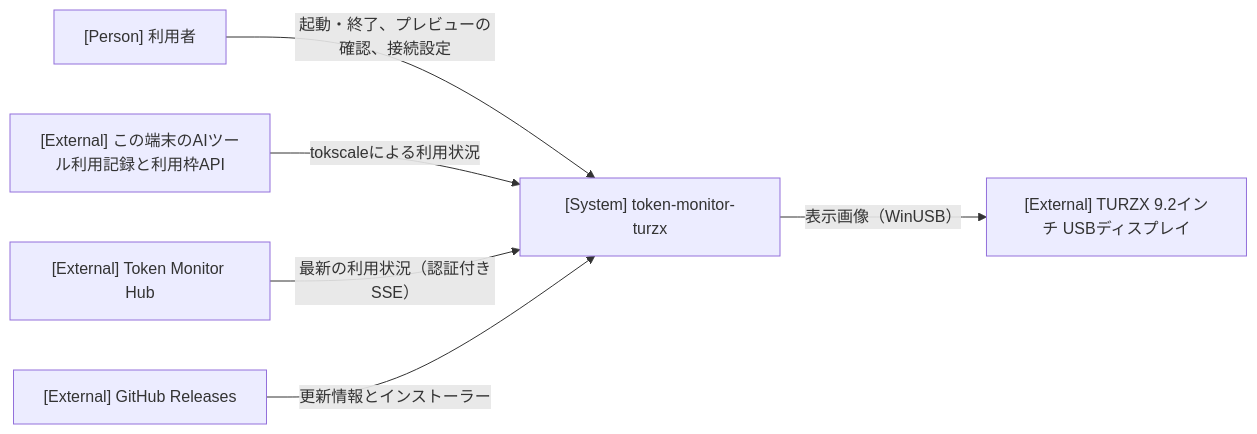
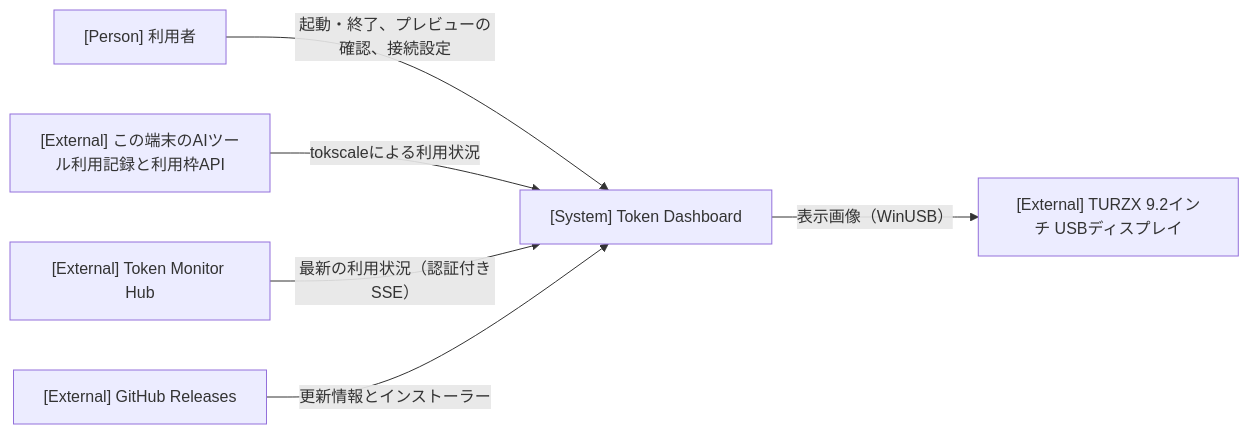
One commit to nuitsjp/token-dashboard changed the diagram in docs/architecture.md. Above: the diagram before and after it, drawn with Mermaid. The commit also changed 20 other files, not shown here.

First line of the commit message:
紫を #7466e0 に統一し、名称を Token Dashboard に変更して Display 画面の配置を調整する

````diff
--- a/docs/architecture.md
+++ b/docs/architecture.md
@@ -7,14 +7,14 @@
 ```mermaid
 flowchart LR
   user["[Person] 利用者"]
-  system["[System] token-monitor-turzx"]
+  system["[System] Token Dashboard"]
   local["[External] この端末のAIツール利用記録と利用枠API"]
   hub["[External] Token Monitor Hub"]
   turzx["[External] TURZX 9.2インチ USBディスプレイ"]
   releases["[External] GitHub Releases"]
   user -->|"起動・終了、プレビューの確認、接続設定"| system
   local -->|"tokscaleによる利用状況"| system
   hub -->|"最新の利用状況（認証付きSSE）"| system
   system -->|"表示画像（WinUSB）"| turzx
   releases -->|"更新情報とインストーラー"| system
 ```
````
